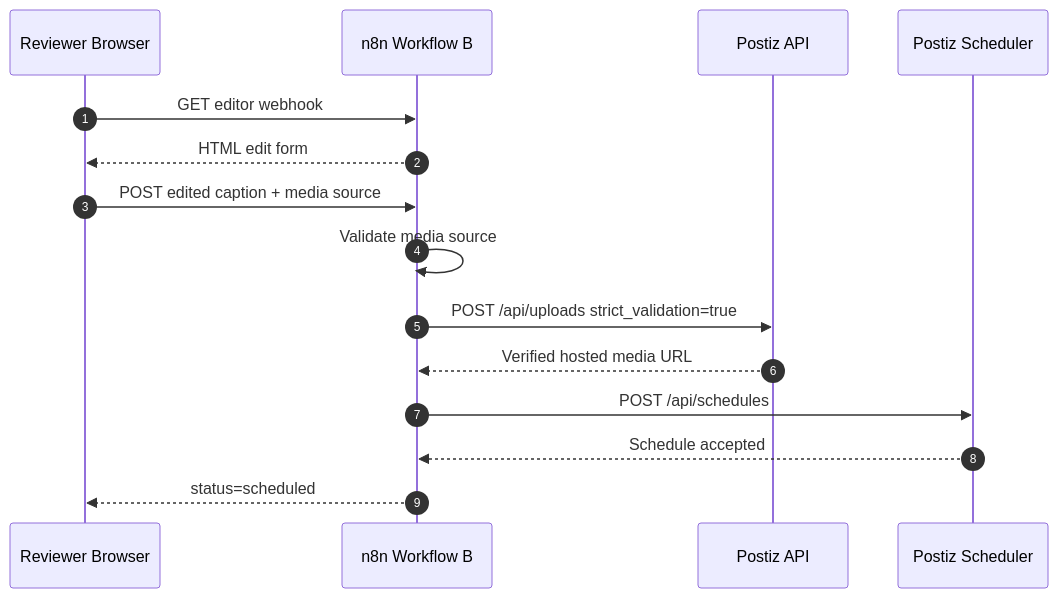
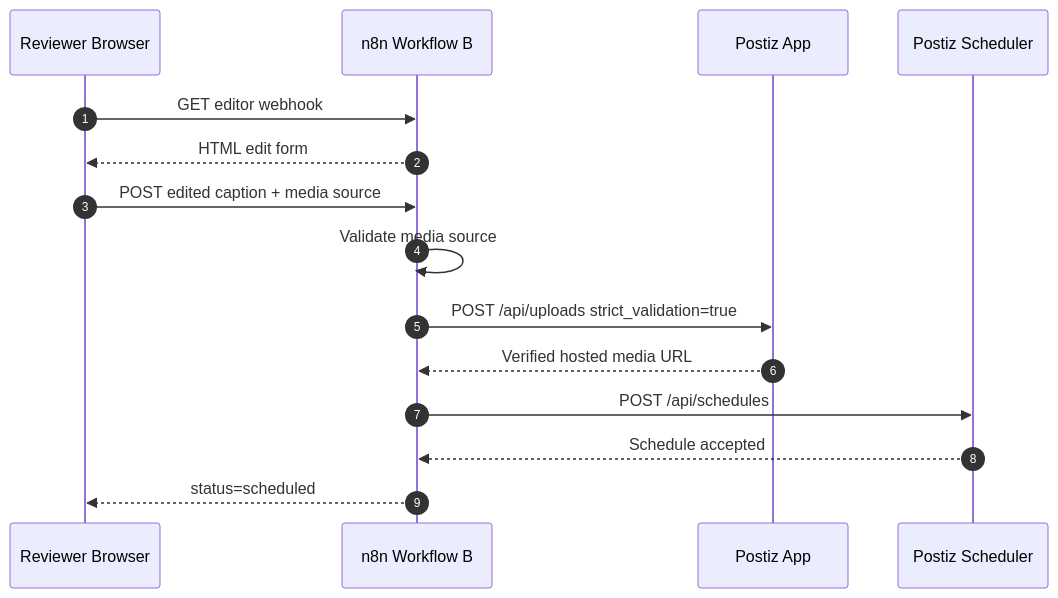
One commit to justinmpowers/unraid changed the third of 4 diagrams in services/automation/postiz-stack/ARCHITECTURE.md. Above: the diagram before and after it, drawn with Mermaid. The commit also changed other lines of this file and 5 other files, not shown here.

Commit message:
Refactor postiz stack to single upstream app image

````diff
--- a/services/automation/postiz-stack/ARCHITECTURE.md
+++ b/services/automation/postiz-stack/ARCHITECTURE.md
@@ -54,18 +53,18 @@
 ```mermaid
 sequenceDiagram
   autonumber
   participant U as Reviewer Browser
   participant B as n8n Workflow B
-  participant P as Postiz API
+  participant P as Postiz App
   participant S as Postiz Scheduler
 
   U->>B: GET editor webhook
   B-->>U: HTML edit form
   U->>B: POST edited caption + media source
   B->>B: Validate media source
   B->>P: POST /api/uploads strict_validation=true
   P-->>B: Verified hosted media URL
   B->>S: POST /api/schedules
   S-->>B: Schedule accepted
   B-->>U: status=scheduled
 ```
````
